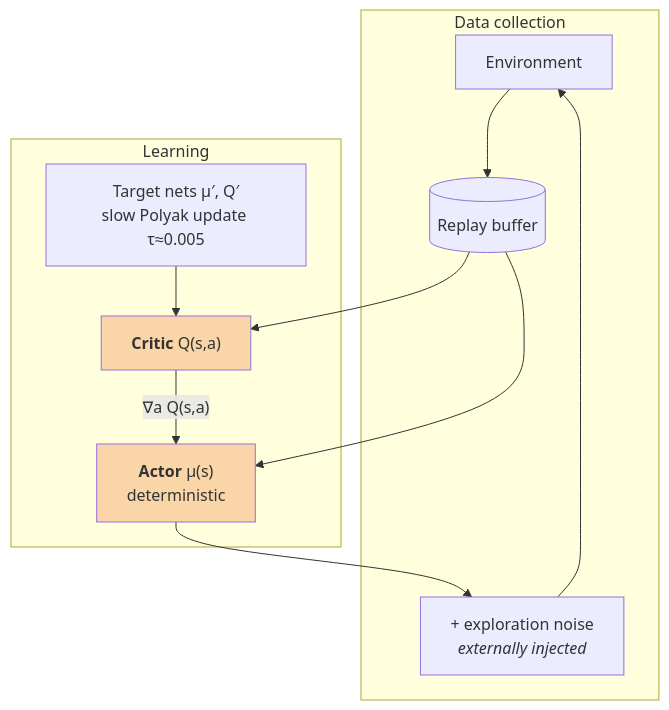
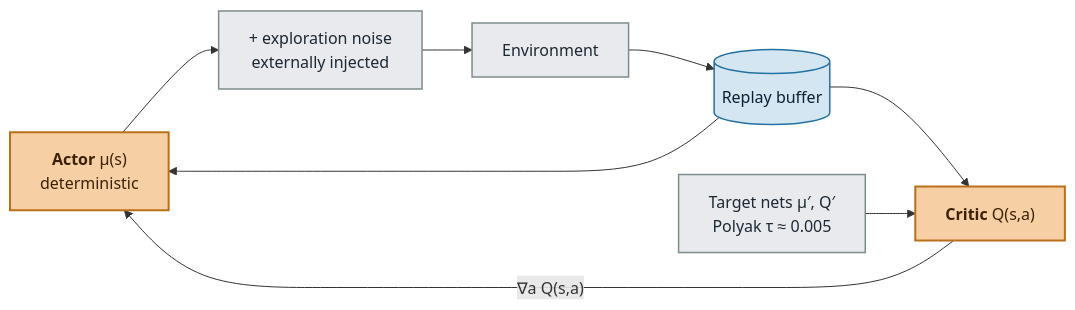
The second of 5 diagrams in _posts/2026-08-21-ddpg-td3-sac-lineage.md (FarzanehTatari/farzanehtatari.github.io), drawn with Mermaid before and after one commit. The commit also changed other lines of this file, not shown here.

````diff
--- a/_posts/2026-08-21-ddpg-td3-sac-lineage.md
+++ b/_posts/2026-08-21-ddpg-td3-sac-lineage.md
@@ -68,23 +80,23 @@
 ```mermaid
-graph TB
-    subgraph collect["Data collection"]
-        ENV["Environment"]
-        NOISE["+ exploration noise<br/><i>externally injected</i>"]
-        BUF[("Replay buffer")]
-    end
-
-    subgraph learn["Learning"]
-        ACTOR["<b>Actor</b> μ(s)<br/>deterministic"]
-        CRITIC["<b>Critic</b> Q(s,a)"]
-        TARGETS["Target nets μ′, Q′<br/>slow Polyak update τ≈0.005"]
-    end
+graph LR
+    ACTOR["<b>Actor</b> μ(s)<br/>deterministic"]
+    NOISE["+ exploration noise<br/>externally injected"]
+    ENV["Environment"]
+    BUF[("Replay buffer")]
+    CRITIC["<b>Critic</b> Q(s,a)"]
+    TARGETS["Target nets μ′, Q′<br/>Polyak τ ≈ 0.005"]
 
     ACTOR --> NOISE --> ENV --> BUF
     BUF --> CRITIC
     BUF --> ACTOR
     TARGETS --> CRITIC
     CRITIC -->|"∇a Q(s,a)"| ACTOR
 
-    style ACTOR fill:#f9d5a7
-    style CRITIC fill:#f9d5a7
+    classDef core    fill:#f7cfa4,stroke:#b9701a,stroke-width:2px,color:#3b2205
+    classDef support fill:#e8eaed,stroke:#7f8c8d,stroke-width:1.5px,color:#1c2833
+    classDef store   fill:#d4e6f1,stroke:#2471a3,stroke-width:1.5px,color:#0b2233
+
+    class ACTOR,CRITIC core
+    class NOISE,ENV,TARGETS support
+    class BUF store
 ```
````
